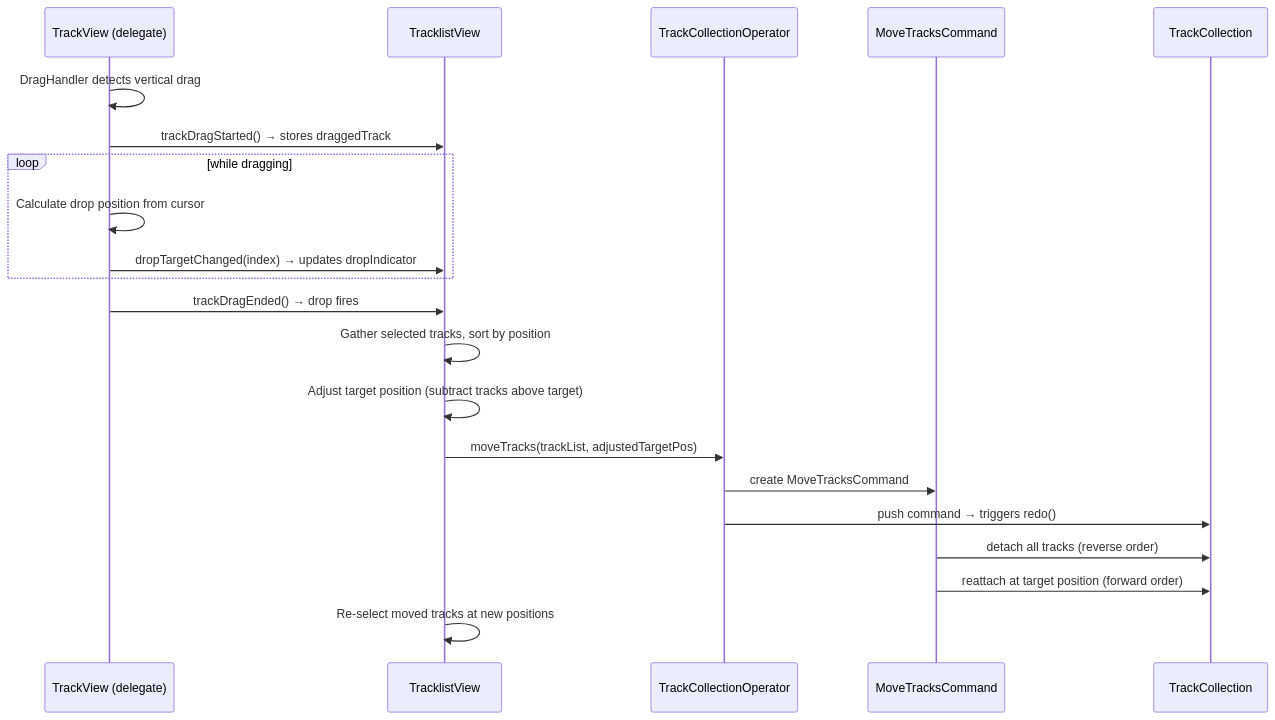
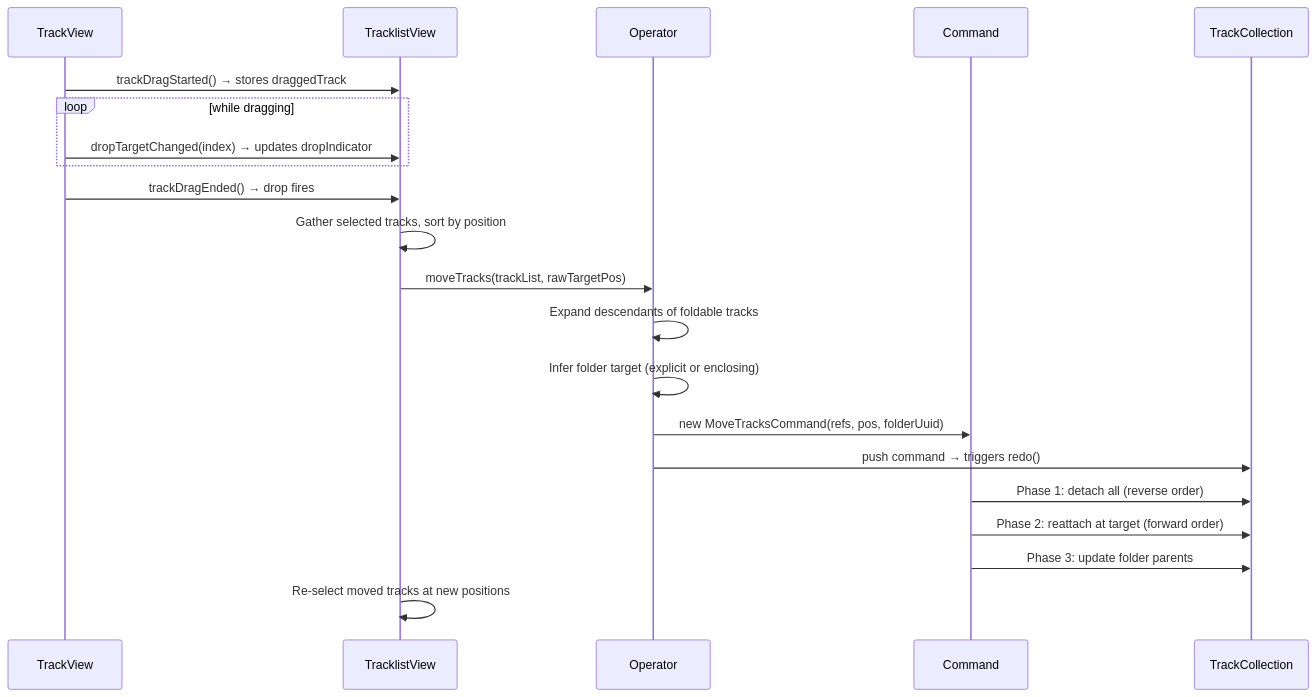
One commit to zrythm/zrythm changed the second of 2 diagrams in doc/dev/track_moving.md. Above: the diagram before and after it, drawn with Mermaid. The commit also changed other lines of this file and 11 other files, not shown here.

First line of the commit message:
feat(tracks): add folder-aware track moving with drag-and-drop

````diff
--- a/doc/dev/track_moving.md
+++ b/doc/dev/track_moving.md
@@ -33,24 +31,24 @@
 ```mermaid
 sequenceDiagram
-    participant TV as TrackView (delegate)
+    participant TV as TrackView
     participant TLV as TracklistView
-    participant TCO as TrackCollectionOperator
-    participant Cmd as MoveTracksCommand
+    participant Op as Operator
+    participant Cmd as Command
     participant TC as TrackCollection
 
-    TV->>TV: DragHandler detects vertical drag
     TV->>TLV: trackDragStarted() → stores draggedTrack
     loop while dragging
-        TV->>TV: Calculate drop position from cursor
         TV->>TLV: dropTargetChanged(index) → updates dropIndicator
     end
     TV->>TLV: trackDragEnded() → drop fires
     TLV->>TLV: Gather selected tracks, sort by position
-    TLV->>TLV: Adjust target position (subtract tracks above target)
-    TLV->>TCO: moveTracks(trackList, adjustedTargetPos)
-    TCO->>Cmd: create MoveTracksCommand
-    TCO->>TC: push command → triggers redo()
-    Cmd->>TC: detach all tracks (reverse order)
-    Cmd->>TC: reattach at target position (forward order)
+    TLV->>Op: moveTracks(trackList, rawTargetPos)
+    Op->>Op: Expand descendants of foldable tracks
+    Op->>Op: Infer folder target (explicit or enclosing)
+    Op->>Cmd: new MoveTracksCommand(refs, pos, folderUuid)
+    Op->>TC: push command → triggers redo()
+    Cmd->>TC: Phase 1: detach all (reverse order)
+    Cmd->>TC: Phase 2: reattach at target (forward order)
+    Cmd->>TC: Phase 3: update folder parents
     TLV->>TLV: Re-select moved tracks at new positions
 ```
````
